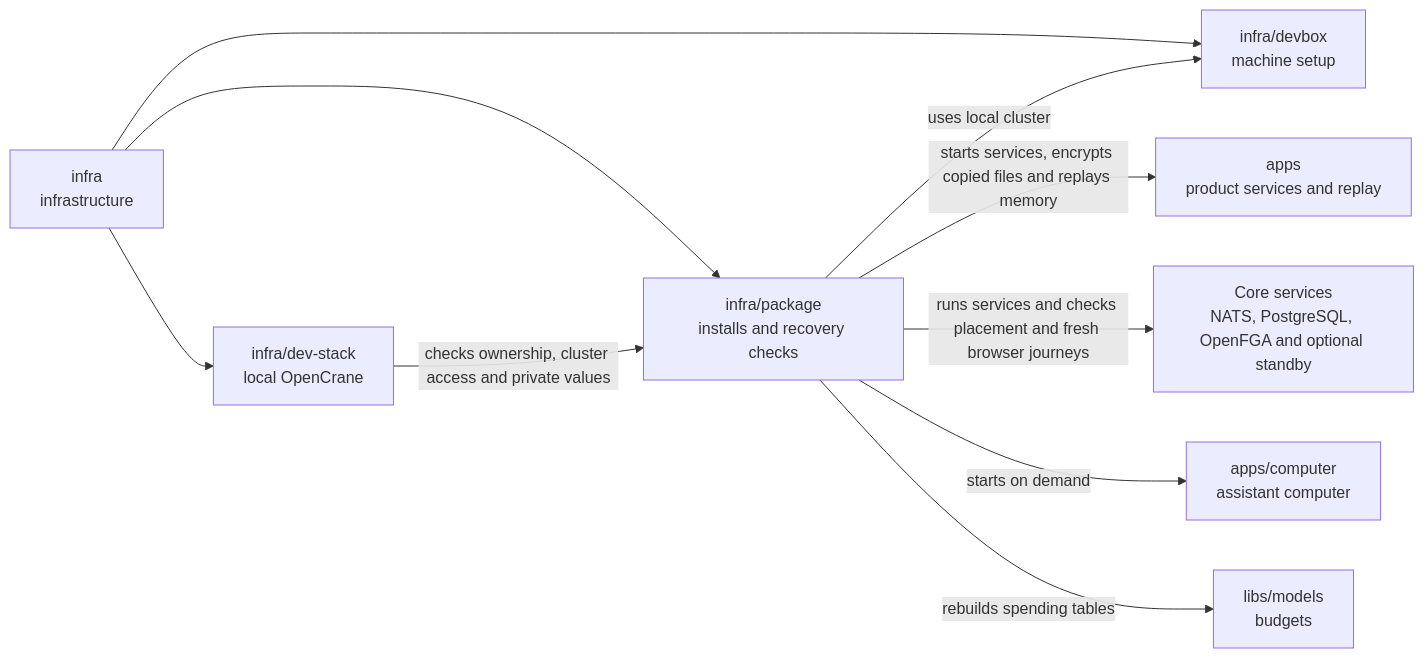
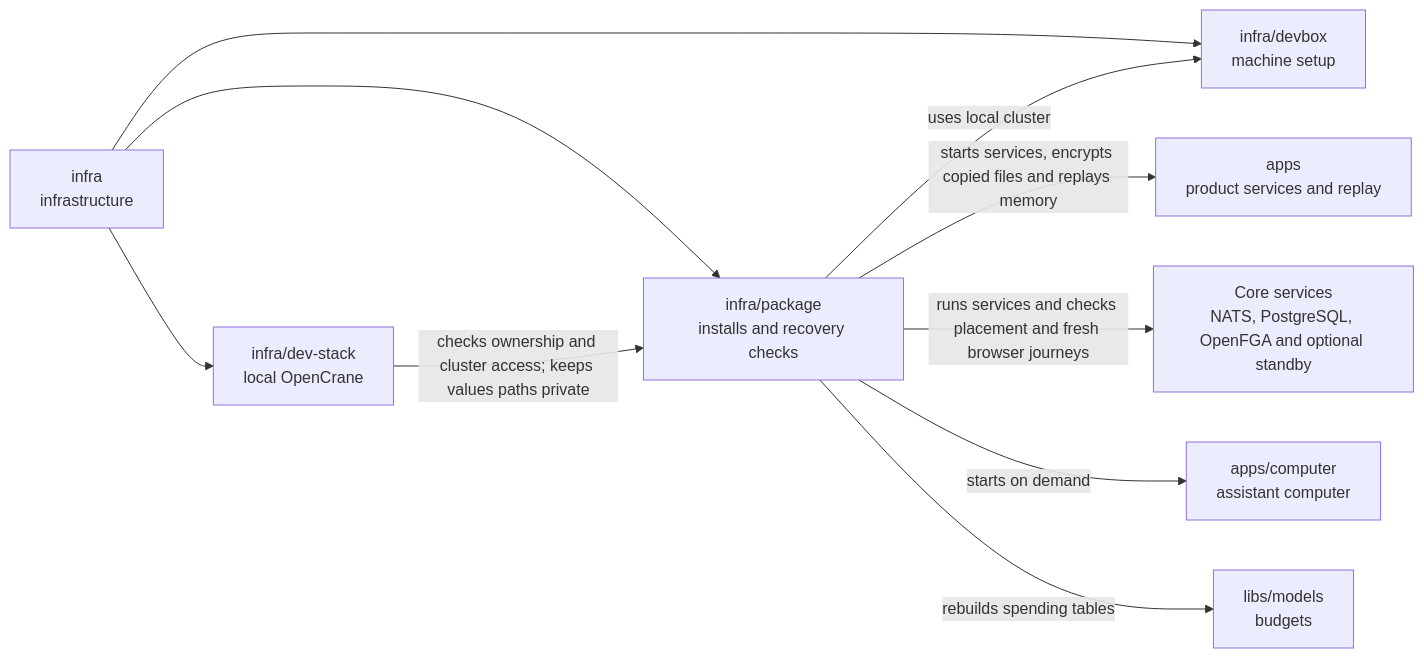
One commit to elewa-git/opencrane-new changed the diagram in infra/package/README.md. Above: the diagram before and after it, drawn with Mermaid. The commit also changed other lines of this file and 5 other files, not shown here.

Commit message:
🔒 Keep journey values private through package preparation

````diff
--- a/infra/package/README.md
+++ b/infra/package/README.md
@@ -19,12 +19,12 @@
 ```mermaid
 flowchart LR
   infra["infra<br/>infrastructure"] --> package["infra/package<br/>installs and recovery checks"]
   infra --> stack["infra/dev-stack<br/>local OpenCrane"]
   infra --> devbox["infra/devbox<br/>machine setup"]
-  stack -->|checks ownership, cluster access and private values| package
+  stack -->|checks ownership and cluster access; keeps values paths private| package
   package -->|uses local cluster| devbox
   package -->|starts services, encrypts copied files and replays memory| apps["apps<br/>product services and replay"]
   package -->|runs services and checks placement and fresh browser journeys| services["Core services<br/>NATS, PostgreSQL, OpenFGA and optional standby"]
   package -->|starts on demand| computer["apps/computer<br/>assistant computer"]
   package -->|rebuilds spending tables| models["libs/models<br/>budgets"]
 ```
````
